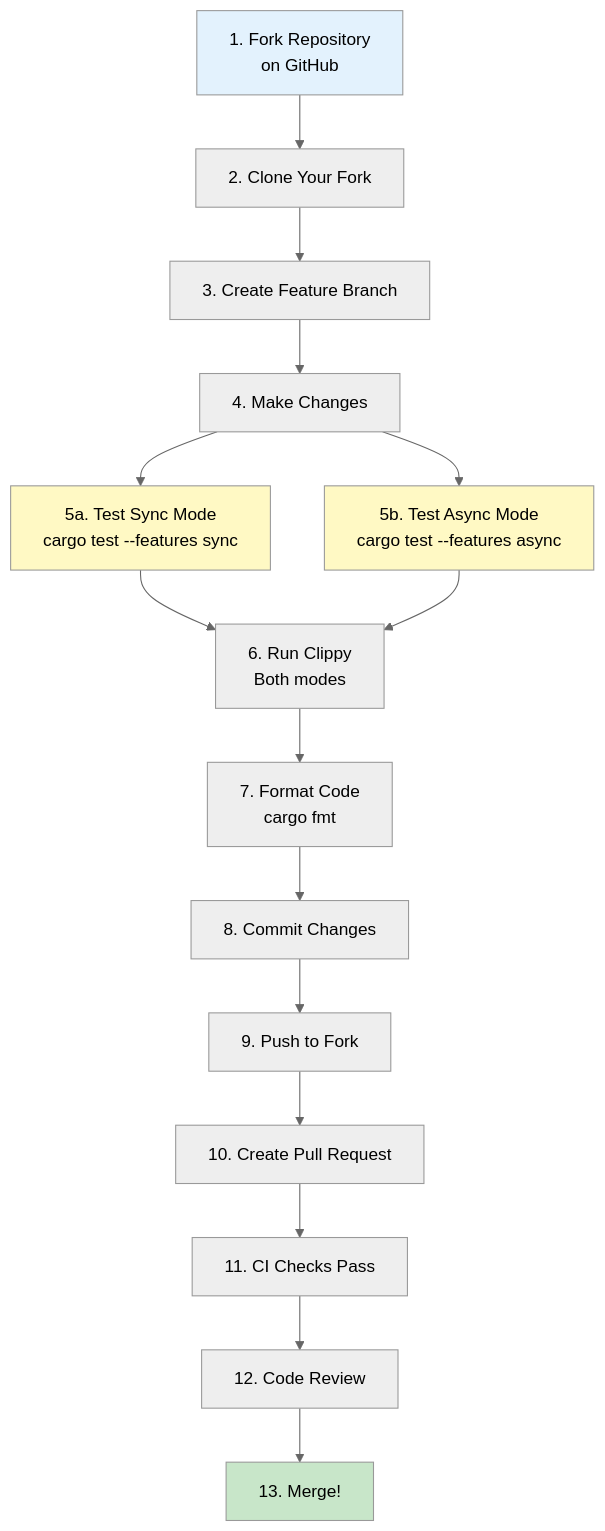
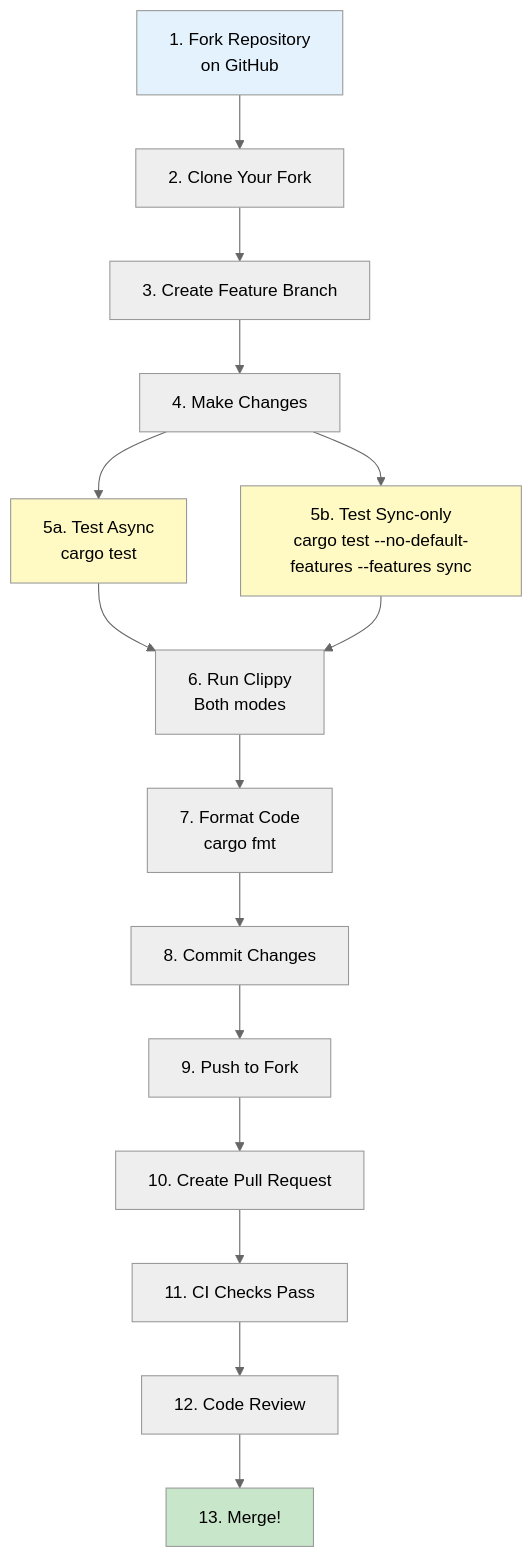
Before and after one commit to wboayue/rust-ibapi: the diagram in CONTRIBUTING.md, drawn with Mermaid (neutral theme). The commit also changed other lines of this file and 110 other files, not shown here.

First line of the commit message:
docs: stop referencing --features sync as the sync-only build (#821)

````diff
--- a/CONTRIBUTING.md
+++ b/CONTRIBUTING.md
@@ -40,37 +40,37 @@
 ```mermaid
 graph TD
     Fork[1. Fork Repository<br/>on GitHub]
     Clone[2. Clone Your Fork]
     Branch[3. Create Feature Branch]
     Code[4. Make Changes]
-    TestSync[5a. Test Sync Mode<br/>cargo test --features sync]
-    TestAsync[5b. Test Async Mode<br/>cargo test --features async]
+    TestAsync[5a. Test Async<br/>cargo test]
+    TestSync[5b. Test Sync-only<br/>cargo test --no-default-features --features sync]
     Clippy[6. Run Clippy<br/>Both modes]
     Format[7. Format Code<br/>cargo fmt]
     Commit[8. Commit Changes]
     Push[9. Push to Fork]
     PR[10. Create Pull Request]
     CI[11. CI Checks Pass]
     Review[12. Code Review]
     Merge[13. Merge!]
     
     Fork --> Clone
     Clone --> Branch
     Branch --> Code
+    Code --> TestAsync
     Code --> TestSync
-    Code --> TestAsync
+    TestAsync --> Clippy
     TestSync --> Clippy
-    TestAsync --> Clippy
     Clippy --> Format
     Format --> Commit
     Commit --> Push
     Push --> PR
     PR --> CI
     CI --> Review
     Review --> Merge
     
     style Fork fill:#e3f2fd
     style Merge fill:#c8e6c9
+    style TestAsync fill:#fff9c4
     style TestSync fill:#fff9c4
-    style TestAsync fill:#fff9c4
 ```
````
